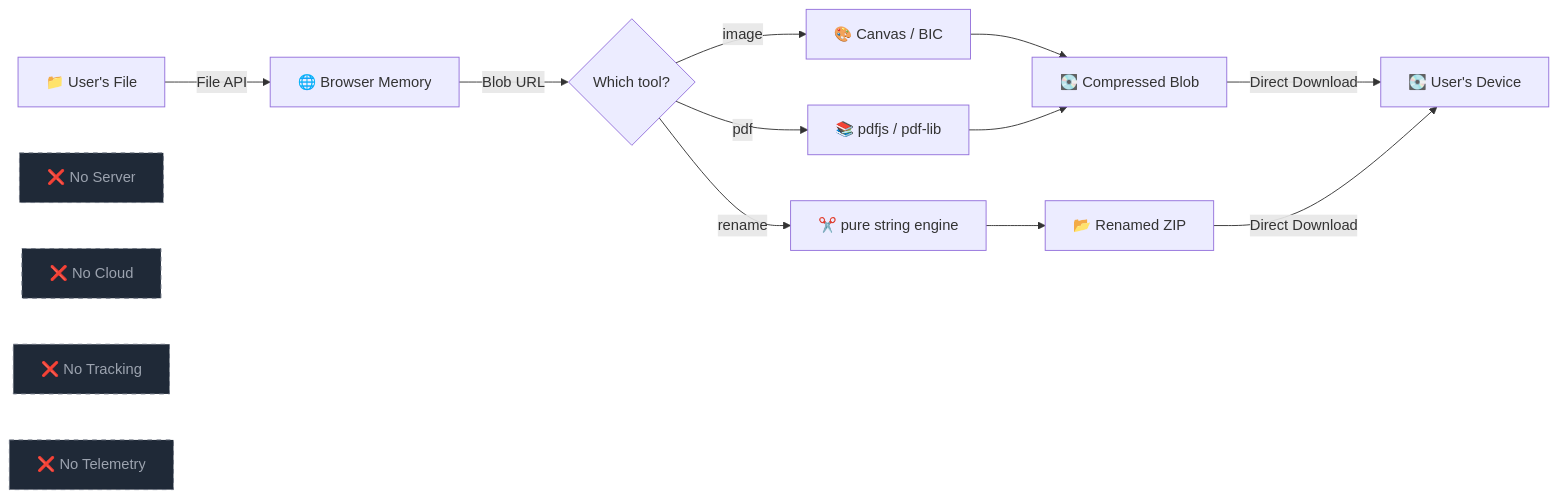
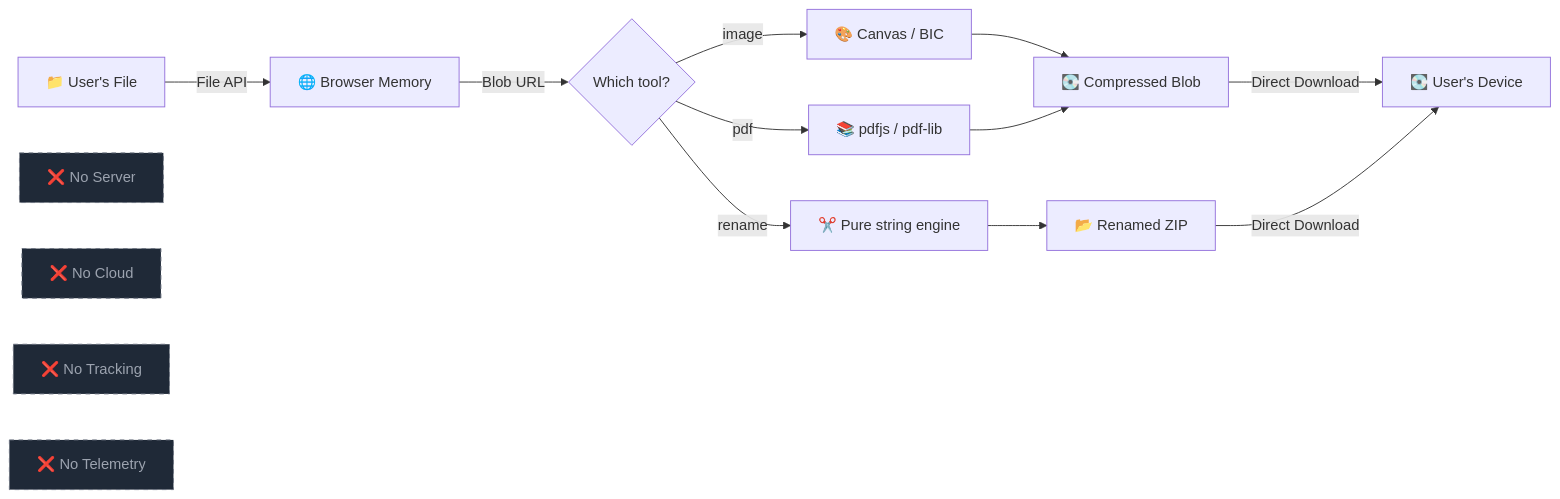
Before and after one commit to girishlade111/image-squeeze-express: the sixth of 6 diagrams in README.md, drawn with Mermaid. The commit also changed other lines of this file, not shown here.

````diff
--- a/README.md
+++ b/README.md
@@ -484,20 +502,20 @@
 ```mermaid
 flowchart LR
     A[📁 User's File] -->|File API| B[🌐 Browser Memory]
     B -->|Blob URL| C{Which tool?}
     C -->|image| D1[🎨 Canvas / BIC]
     C -->|pdf| D2[📚 pdfjs / pdf-lib]
-    C -->|rename| D3[✂️ pure string engine]
+    C -->|rename| D3[✂️ Pure string engine]
     D1 --> E[💽 Compressed Blob]
     D2 --> E
     D3 --> F[📂 Renamed ZIP]
     E -->|Direct Download| G[💽 User's Device]
     F -->|Direct Download| G
 
     X[❌ No Server]:::ghost
     Y[❌ No Cloud]:::ghost
     Z[❌ No Tracking]:::ghost
     W[❌ No Telemetry]:::ghost
 
     classDef ghost fill:#1f2937,stroke:#6b7280,color:#9ca3af,stroke-dasharray: 5 5
 ```
````
